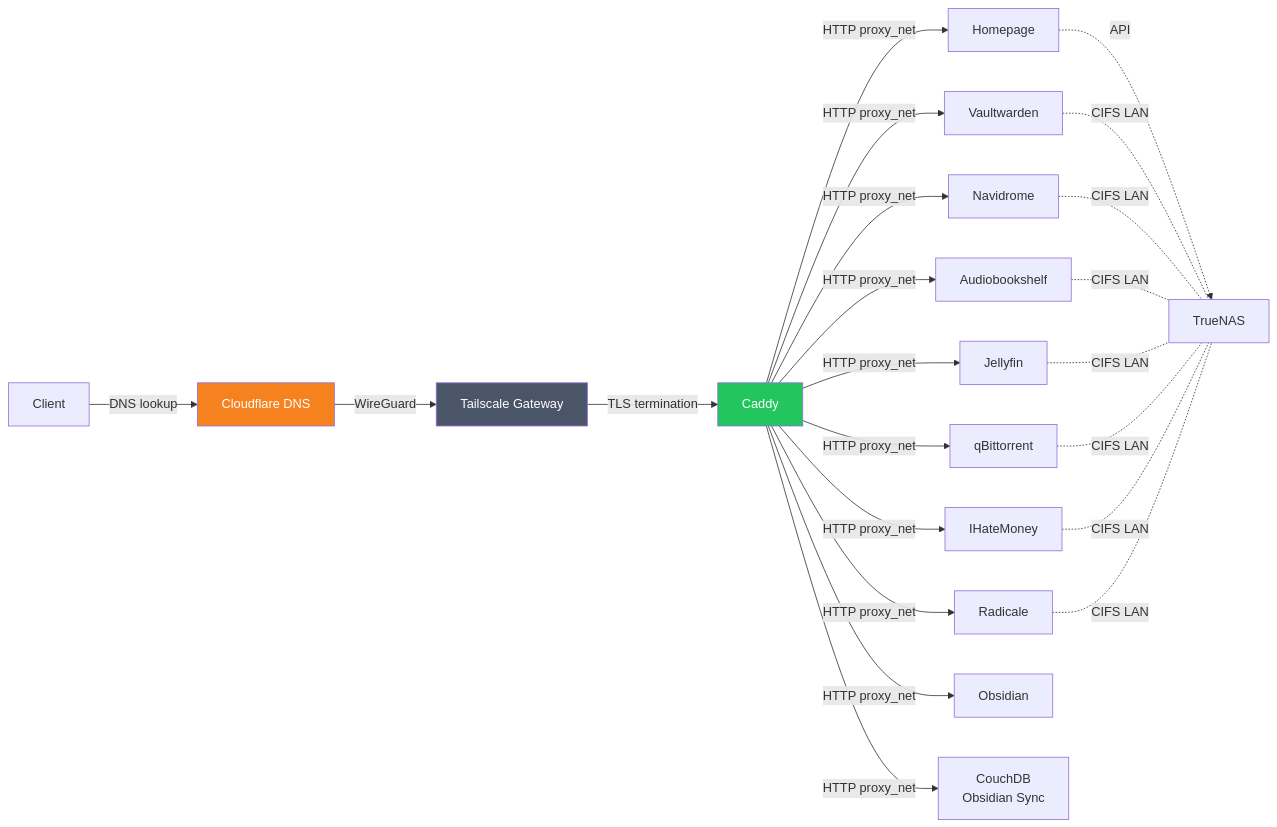
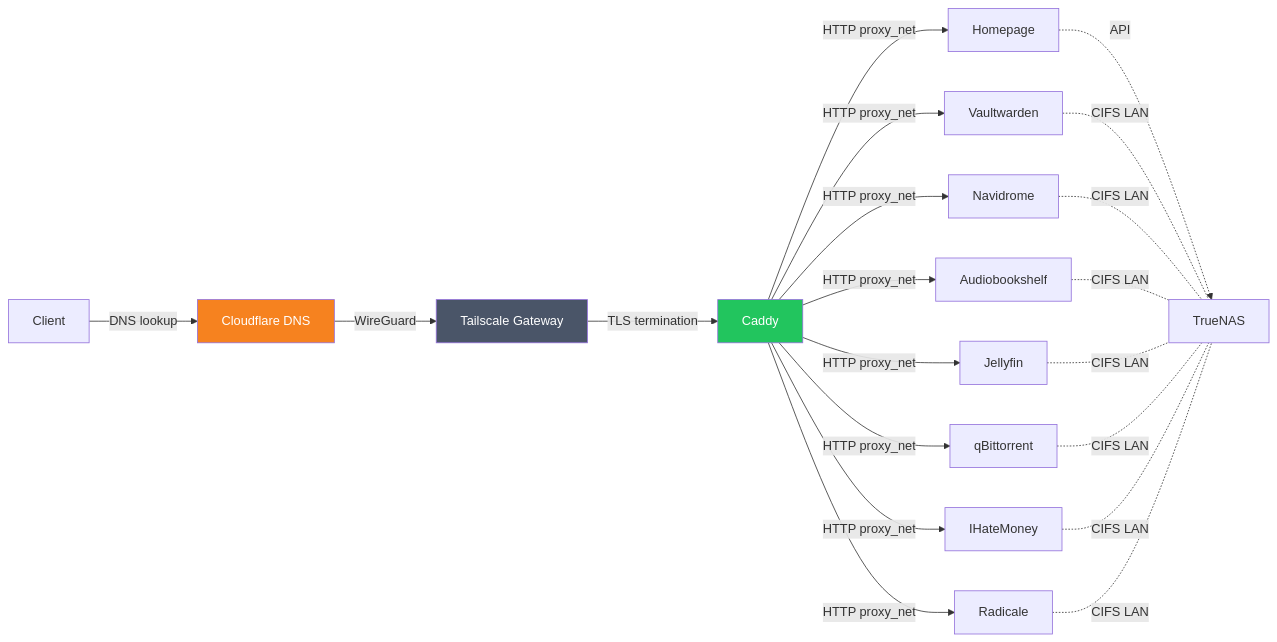
One commit to masolnada/homelab changed the second of 2 diagrams in README.md. Above: the diagram before and after it, drawn with Mermaid. The commit also changed other lines of this file and 6 other files, not shown here.

````diff
--- a/README.md
+++ b/README.md
@@ -78,28 +73,26 @@
 ```mermaid
 graph LR
     Client -->|DNS lookup| CF[Cloudflare DNS]
     CF -->|WireGuard| TS[Tailscale Gateway]
     TS -->|TLS termination| Caddy
     Caddy -->|HTTP proxy_net| Homepage
     Caddy -->|HTTP proxy_net| Vaultwarden
     Caddy -->|HTTP proxy_net| Navidrome
     Caddy -->|HTTP proxy_net| Audiobookshelf
     Caddy -->|HTTP proxy_net| IHateMoney
     Caddy -->|HTTP proxy_net| Jellyfin
     Caddy -->|HTTP proxy_net| qBittorrent
     Caddy -->|HTTP proxy_net| Radicale
-    Caddy -->|HTTP proxy_net| Obsidian
-    Caddy -->|HTTP proxy_net| CouchDB[CouchDB\nObsidian Sync]
     Homepage -.->|API| NAS[TrueNAS]
     Vaultwarden -.-|CIFS LAN| NAS
     Navidrome -.-|CIFS LAN| NAS
     Audiobookshelf -.-|CIFS LAN| NAS
     Jellyfin -.-|CIFS LAN| NAS
     qBittorrent -.-|CIFS LAN| NAS
     IHateMoney -.-|CIFS LAN| NAS
     Radicale -.-|CIFS LAN| NAS
 
     style CF fill:#f6821f,color:#fff
     style TS fill:#4a5568,color:#fff
     style Caddy fill:#22c55e,color:#fff
 ```
````
